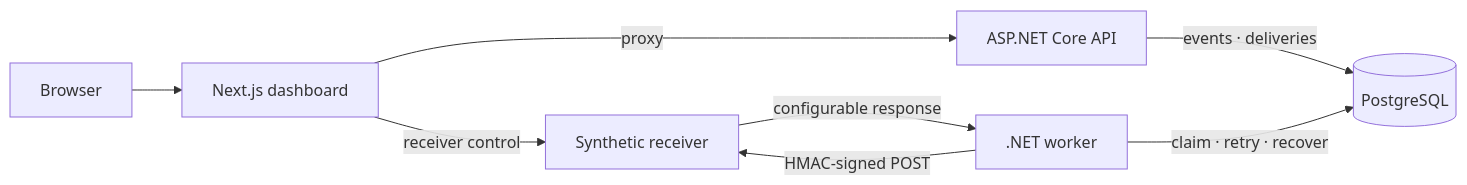
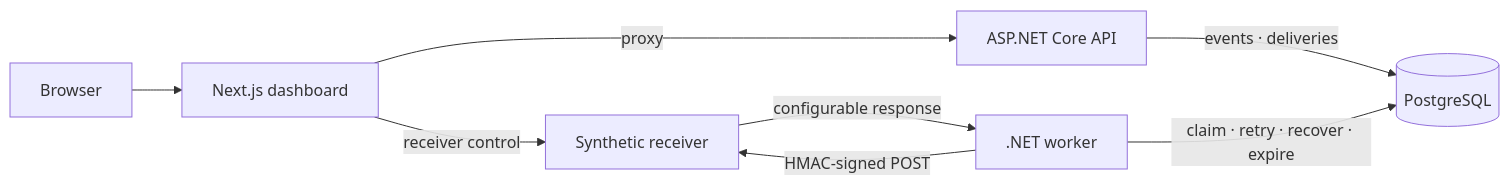
The diagram in README.md (PressureandTime/relay), drawn with Mermaid before and after one commit. The commit also changed other lines of this file and 11 other files, not shown here.

````diff
--- a/README.md
+++ b/README.md
@@ -9,10 +9,10 @@
 ```mermaid
 flowchart LR
     Browser --> Dashboard["Next.js dashboard"]
     Dashboard -->|proxy| API["ASP.NET Core API"]
     Dashboard -->|receiver control| Receiver["Synthetic receiver"]
     API -->|events · deliveries| Postgres[(PostgreSQL)]
-    Worker[".NET worker"] -->|claim · retry · recover| Postgres
+    Worker[".NET worker"] -->|claim · retry · recover · expire| Postgres
     Worker -->|HMAC-signed POST| Receiver
     Receiver -->|configurable response| Worker
 ```
````
